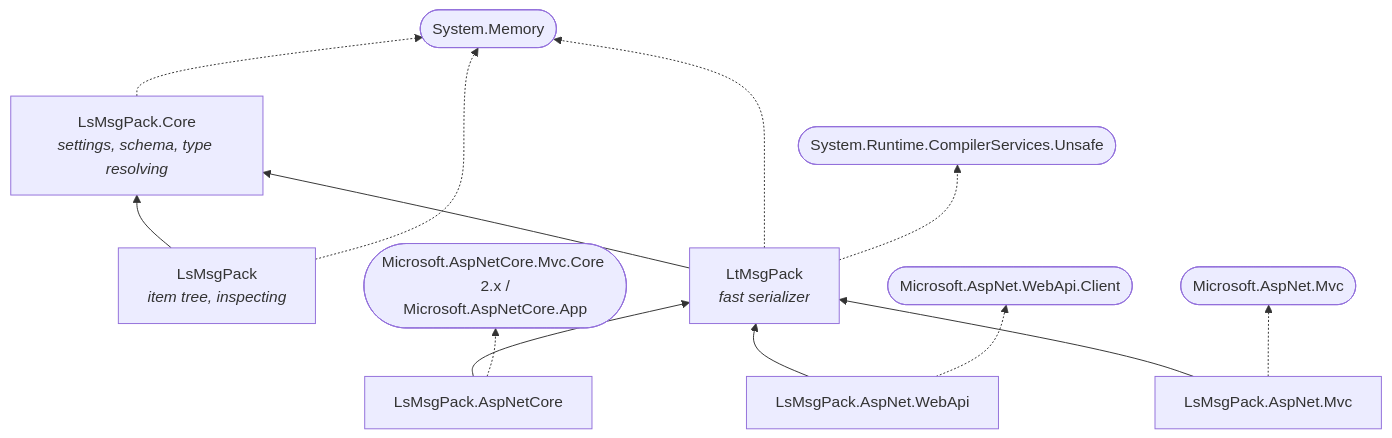
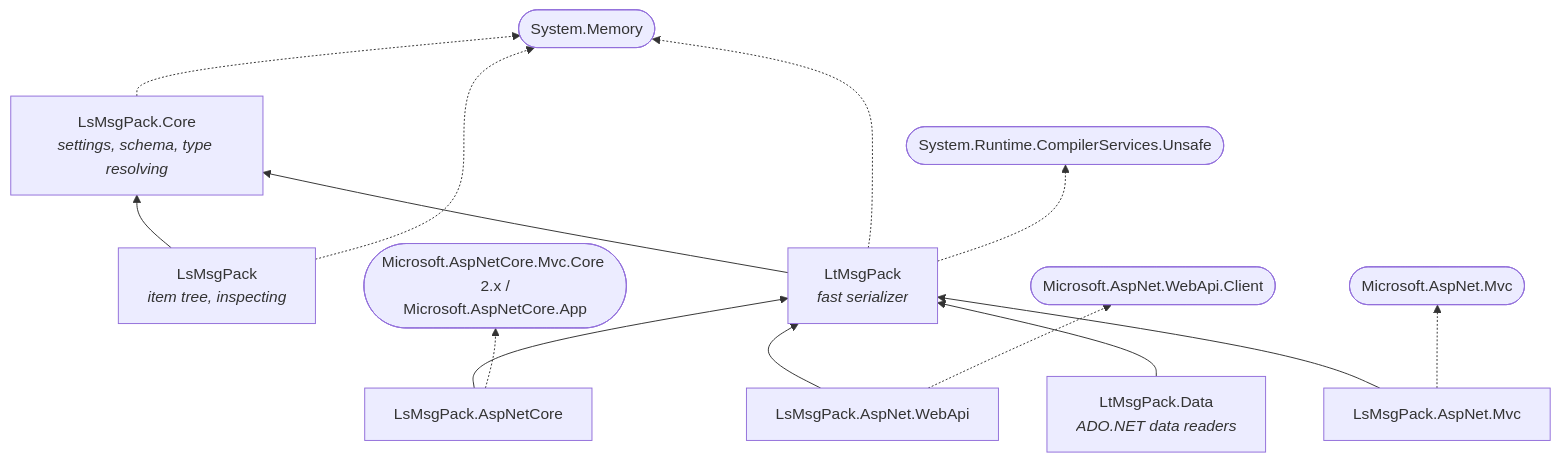
The diagram in README.md (mlsomers/LsMsgPack), drawn with Mermaid before and after one commit. The commit also changed other lines of this file, not shown here.

Commit message:
Add missing package to diagram and mention the ones not in the diagram.

````diff
--- a/README.md
+++ b/README.md
@@ -41,27 +41,29 @@
 ```mermaid
 graph BT
   Core["LsMsgPack.Core<br/><i>settings, schema, type resolving</i>"]
   Ls["LsMsgPack<br/><i>item tree, inspecting</i>"]
   Lt["LtMsgPack<br/><i>fast serializer</i>"]
   AspNetCore["LsMsgPack.AspNetCore"]
   WebApi["LsMsgPack.AspNet.WebApi"]
   Mvc["LsMsgPack.AspNet.Mvc"]
+  Data["LtMsgPack.Data<br/><i>ADO.NET data readers</i>"]
   Mem(["System.Memory"])
   Unsafe(["System.Runtime.CompilerServices.Unsafe"])
   AspNetCoreFx(["Microsoft.AspNetCore.Mvc.Core 2.x /<br/>Microsoft.AspNetCore.App"])
   WebApiClient(["Microsoft.AspNet.WebApi.Client"])
   AspNetMvc(["Microsoft.AspNet.Mvc"])
 
   Ls --> Core
   Lt --> Core
   AspNetCore --> Lt
   WebApi --> Lt
   Mvc --> Lt
+  Data --> Lt
   Core -.-> Mem
   Ls -.-> Mem
   Lt -.-> Mem
   Lt -.-> Unsafe
   AspNetCore -.-> AspNetCoreFx
   WebApi -.-> WebApiClient
   Mvc -.-> AspNetMvc
 ```
````
